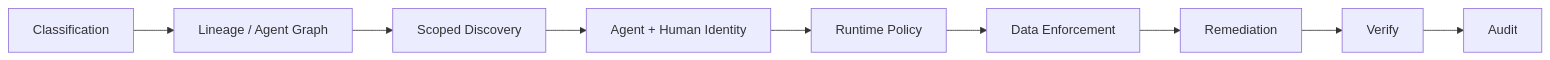
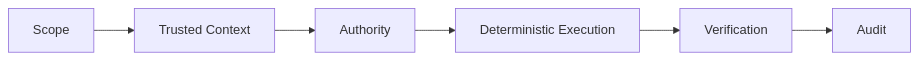
The first of 2 diagrams in README.md (XiaoWeiKIN/datahub-research), drawn with Mermaid before and after one commit. The commit also changed other lines of this file, not shown here.

Commit message:
docs: complete phase three cross-case architecture

```diff
--- a/README.md
+++ b/README.md
@@ -46,14 +39,11 @@
 ~~~mermaid
 flowchart LR
-    CLASS[Classification]
-    GRAPH[Lineage / Agent Graph]
-    DISC[Scoped Discovery]
-    ID[Agent + Human Identity]
-    POLICY[Runtime Policy]
-    DATA[Data Enforcement]
-    REM[Remediation]
-    VERIFY[Verify]
+    SCOPE[Scope]
+    CTX[Trusted Context]
+    AUTH[Authority]
+    EXEC[Deterministic Execution]
+    VERIFY[Verification]
     AUDIT[Audit]
 
-    CLASS --> GRAPH --> DISC --> ID --> POLICY --> DATA --> REM --> VERIFY --> AUDIT
+    SCOPE --> CTX --> AUTH --> EXEC --> VERIFY --> AUDIT
 ~~~
```
